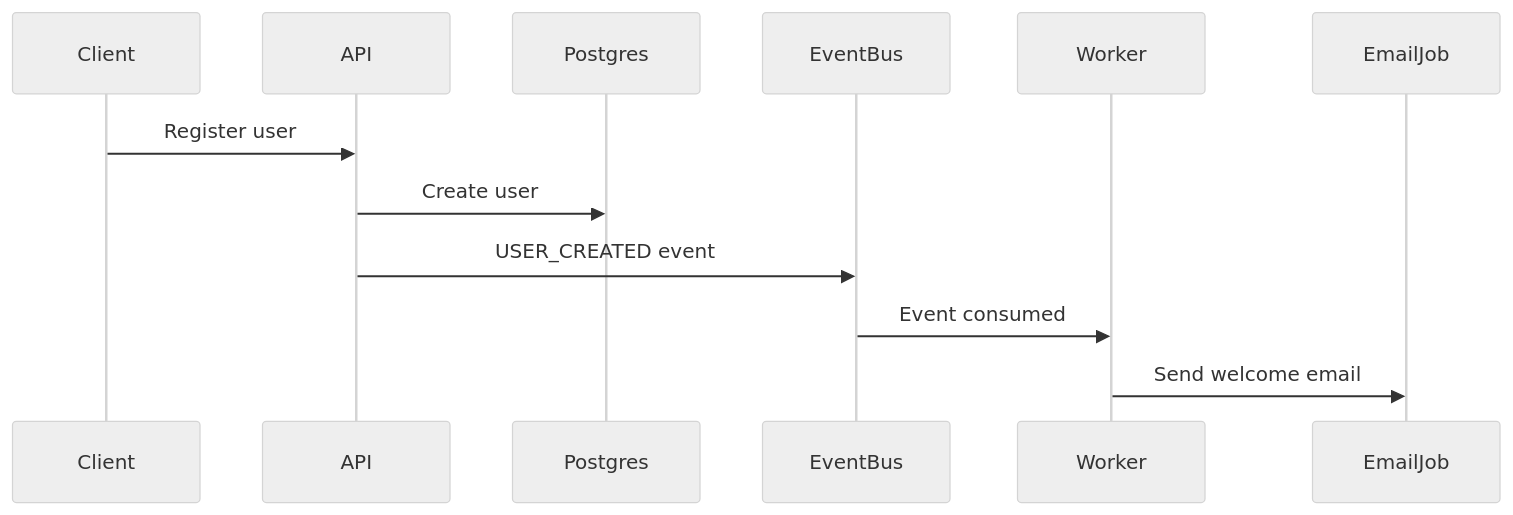
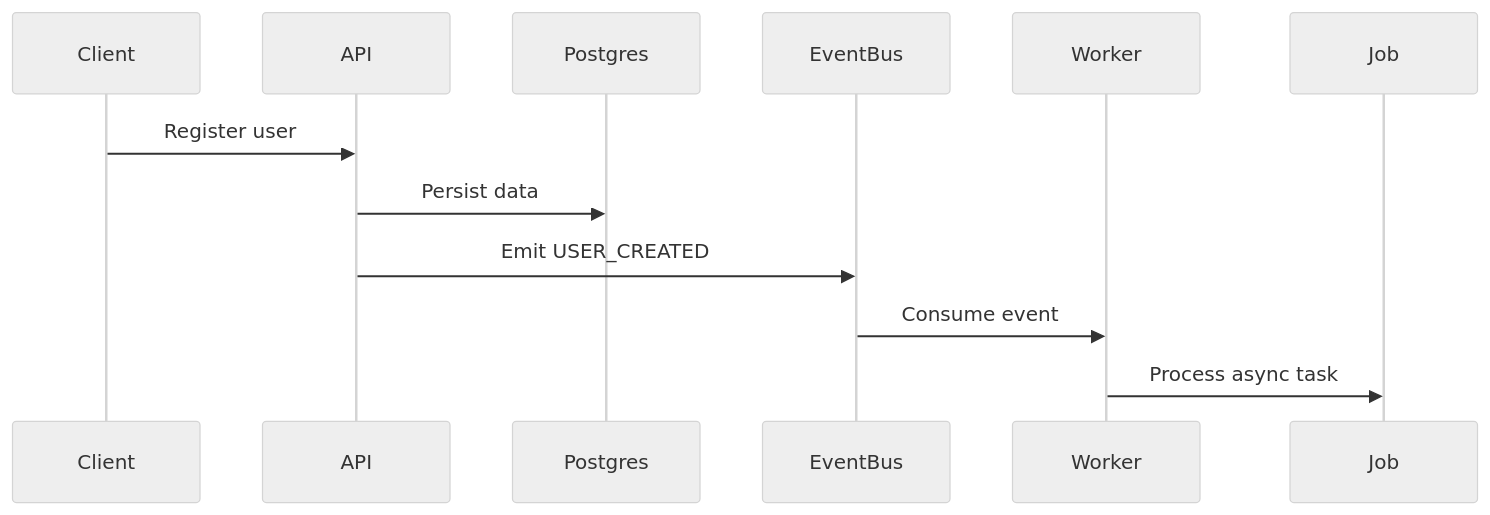
Before and after one commit to sebasolarte22/knowledge-hub-api: the second of 2 diagrams in api/README.md, drawn with Mermaid (neutral theme). The commit also changed other lines of this file, not shown here.

````diff
--- a/api/README.md
+++ b/api/README.md
@@ -151,9 +126,9 @@
 ```mermaid
 sequenceDiagram
 
 Client->>API: Register user
-API->>Postgres: Create user
-API->>EventBus: USER_CREATED event
-EventBus->>Worker: Event consumed
-Worker->>EmailJob: Send welcome email
+API->>Postgres: Persist data
+API->>EventBus: Emit USER_CREATED
+EventBus->>Worker: Consume event
+Worker->>Job: Process async task
 ```
````
